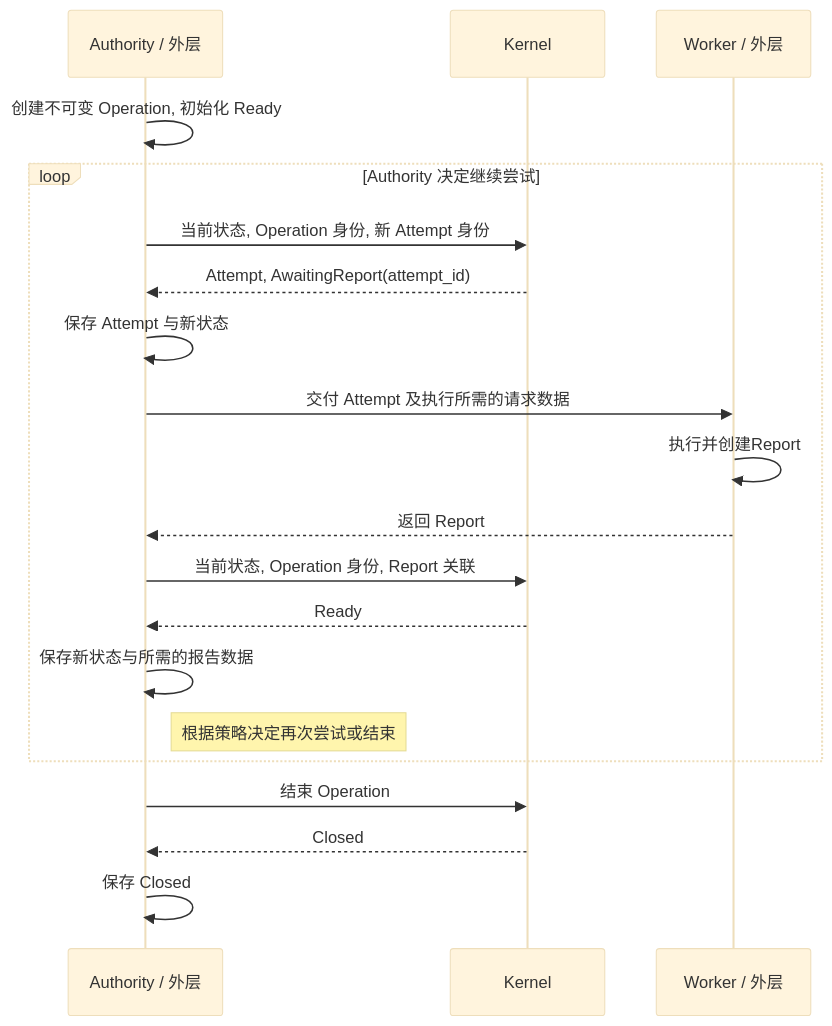
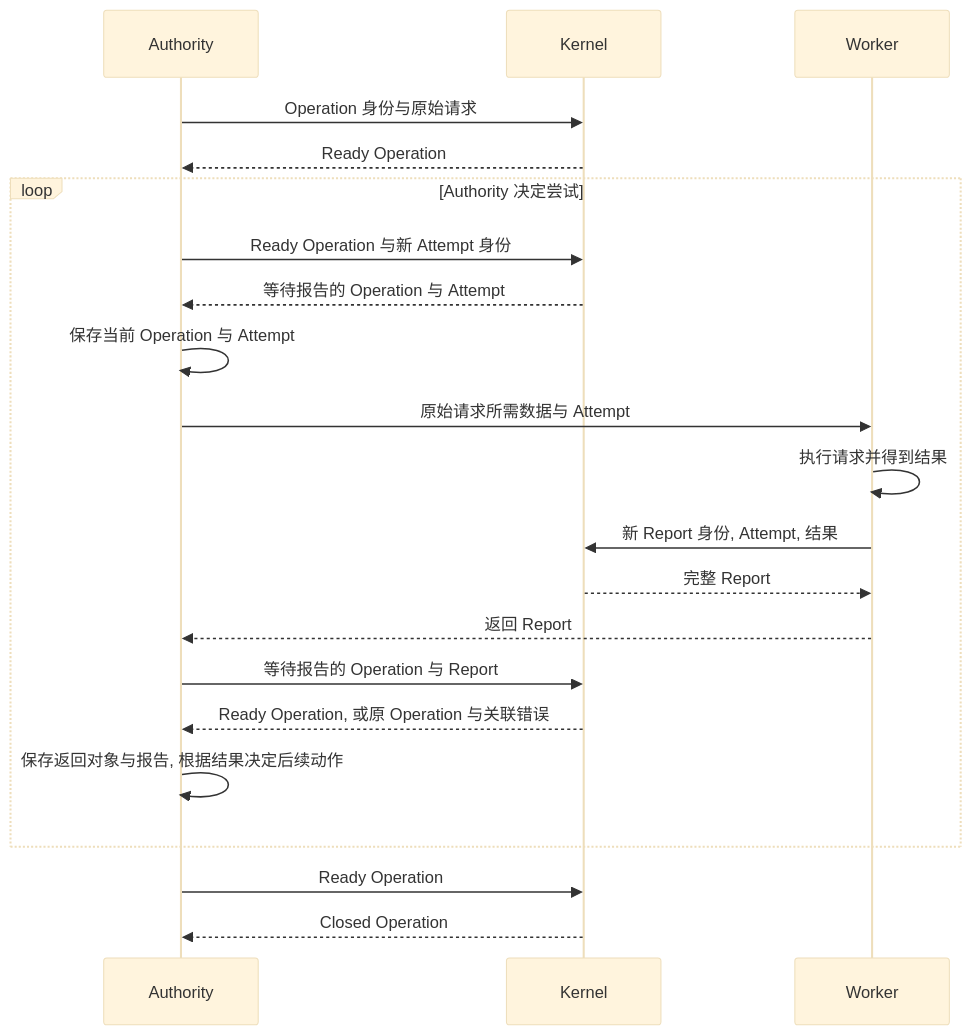
One commit to Everfold/Beamlet changed the second of 2 diagrams in spec/kernel.md. Above: the diagram before and after it, drawn with Mermaid (base theme). The commit also changed other lines of this file and 14 other files, not shown here.

````diff
--- a/spec/kernel.md
+++ b/spec/kernel.md
@@ -111,23 +75,24 @@
 ```mermaid
 sequenceDiagram
-    participant A as Authority / 外层
+    participant A as Authority
     participant K as Kernel
-    participant W as Worker / 外层
+    participant W as Worker
 
-    A->>A: 创建不可变 Operation, 初始化 Ready
-    loop Authority 决定继续尝试
-        A->>K: 当前状态, Operation 身份, 新 Attempt 身份
-        K-->>A: Attempt, AwaitingReport(attempt_id)
-        A->>A: 保存 Attempt 与新状态
-        A->>W: 交付 Attempt 及执行所需的请求数据
-        W->>W: 执行并创建Report
+    A->>K: Operation 身份与原始请求
+    K-->>A: Ready Operation
+    loop Authority 决定尝试
+        A->>K: Ready Operation 与新 Attempt 身份
+        K-->>A: 等待报告的 Operation 与 Attempt
+        A->>A: 保存当前 Operation 与 Attempt
+        A->>W: 原始请求所需数据与 Attempt
+        W->>W: 执行请求并得到结果
+        W->>K: 新 Report 身份, Attempt, 结果
+        K-->>W: 完整 Report
         W-->>A: 返回 Report
-        A->>K: 当前状态, Operation 身份, Report 关联
-        K-->>A: Ready
-        A->>A: 保存新状态与所需的报告数据
-        Note right of A: 根据策略决定再次尝试或结束
+        A->>K: 等待报告的 Operation 与 Report
+        K-->>A: Ready Operation, 或原 Operation 与关联错误
+        A->>A: 保存返回对象与报告, 根据结果决定后续动作
     end
-    A->>K: 结束 Operation
-    K-->>A: Closed
-    A->>A: 保存 Closed
+    A->>K: Ready Operation
+    K-->>A: Closed Operation
 ```
````
